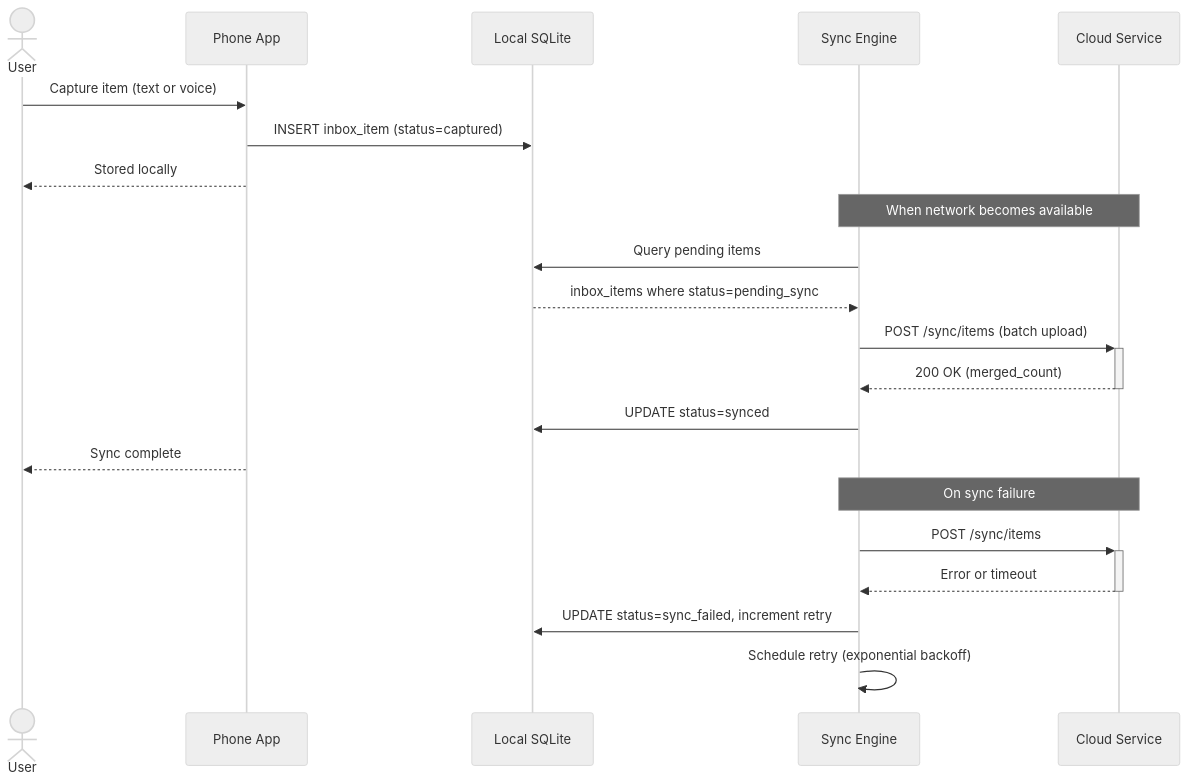
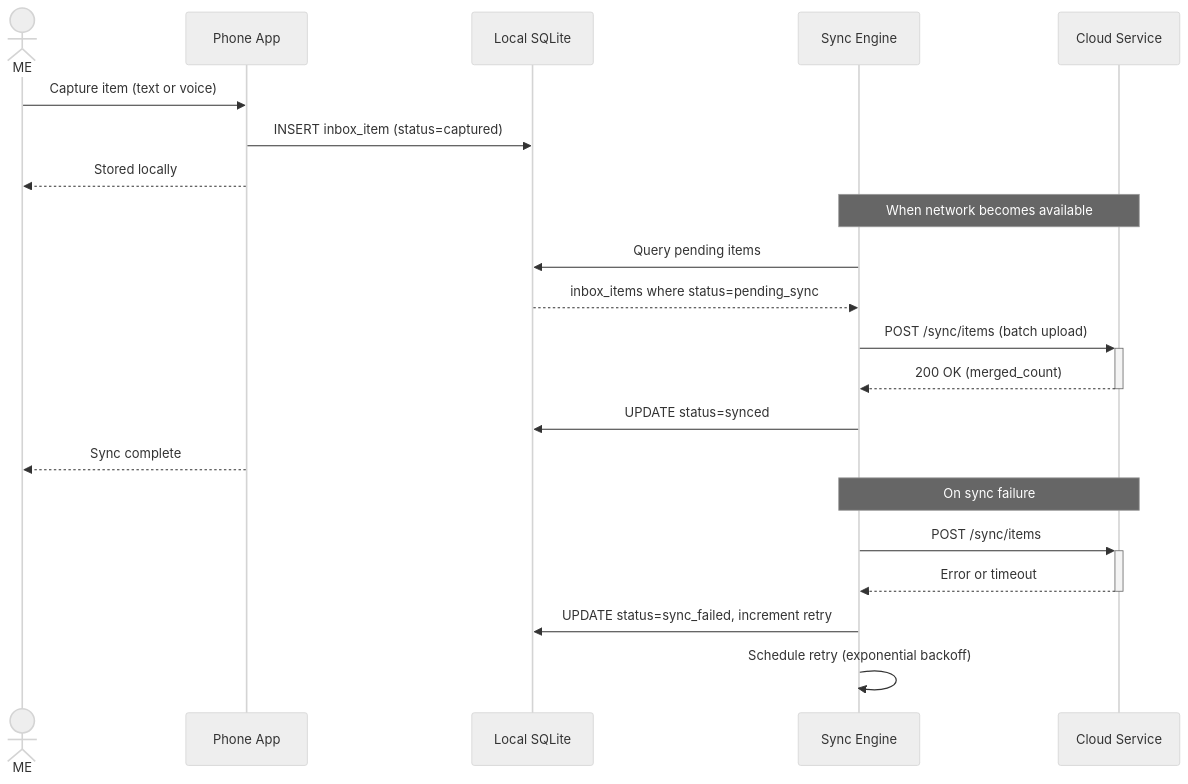
The third of 7 diagrams in .arc42/06-runtime-view.md (JSdotNet/Backlog), drawn with Mermaid (neutral theme) before and after one commit. The commit also changed other lines of this file and 3 other files, not shown here.

````diff
--- a/.arc42/06-runtime-view.md
+++ b/.arc42/06-runtime-view.md
@@ -94,26 +94,26 @@
 ```mermaid
 sequenceDiagram
-    actor User
+    actor ME
     participant App as Phone App
     participant Storage as Local SQLite
     participant Sync as Sync Engine
     participant Cloud as Cloud Service
 
-    User->>App: Capture item (text or voice)
+    ME->>App: Capture item (text or voice)
     App->>Storage: INSERT inbox_item (status=captured)
-    App-->>User: Stored locally
+    App-->>ME: Stored locally
 
     Note over Sync,Cloud: When network becomes available
     Sync->>Storage: Query pending items
     Storage-->>Sync: inbox_items where status=pending_sync
     Sync->>+Cloud: POST /sync/items (batch upload)
     Cloud-->>-Sync: 200 OK (merged_count)
     Sync->>Storage: UPDATE status=synced
-    App-->>User: Sync complete
+    App-->>ME: Sync complete
 
     Note over Sync,Cloud: On sync failure
     Sync->>+Cloud: POST /sync/items
     Cloud-->>-Sync: Error or timeout
     Sync->>Storage: UPDATE status=sync_failed, increment retry
     Sync->>Sync: Schedule retry (exponential backoff)
 ```
````
